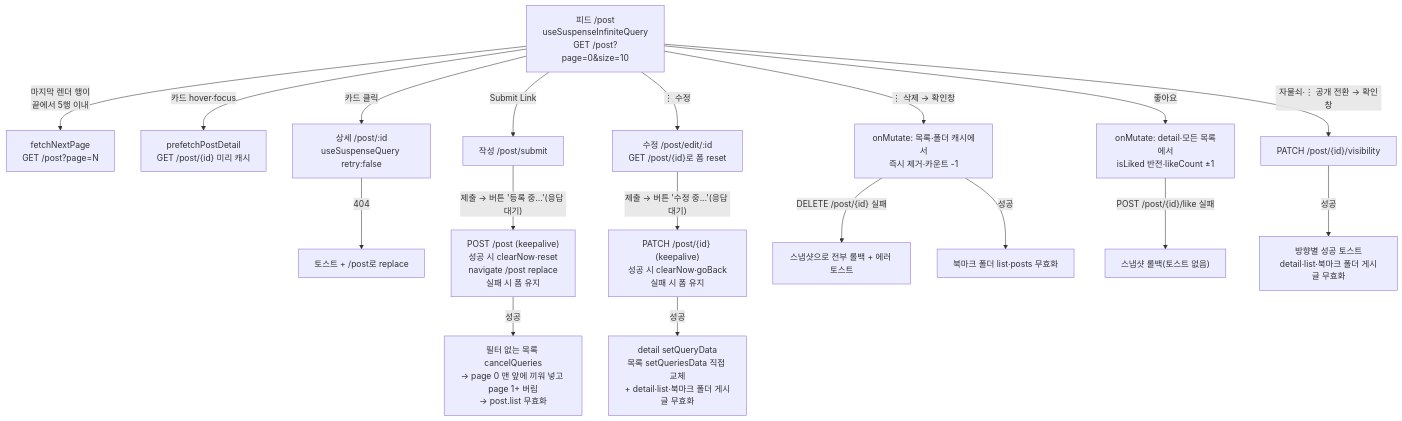
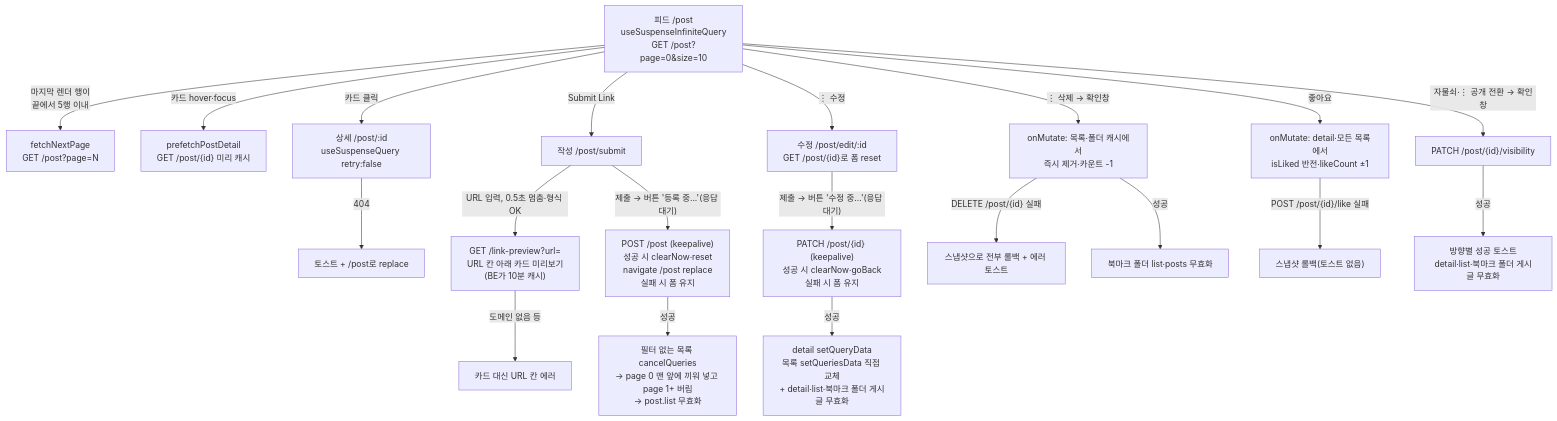
The diagram in docs/POST.md (BAECHAN/link-sphere_FE_NEW), drawn with Mermaid before and after one commit. The commit also changed other lines of this file and 23 other files, not shown here.

````diff
--- a/docs/POST.md
+++ b/docs/POST.md
@@ -38,25 +38,27 @@
 ```mermaid
 flowchart TD
   Feed["피드 /post<br/>useSuspenseInfiniteQuery<br/>GET /post?page=0&size=10"] -->|"마지막 렌더 행이<br/>끝에서 5행 이내"| Next["fetchNextPage<br/>GET /post?page=N"]
   Feed -->|"카드 hover·focus"| Prefetch["prefetchPostDetail<br/>GET /post/{id} 미리 캐시"]
   Feed -->|"카드 클릭"| Detail["상세 /post/:id<br/>useSuspenseQuery retry:false"]
   Detail -->|"404"| NotFound["토스트 + /post로 replace"]
 
   Feed -->|"Submit Link"| Create["작성 /post/submit"]
+  Create -->|"URL 입력, 0.5초 멈춤·형식 OK"| Preview["GET /link-preview?url=<br/>URL 칸 아래 카드 미리보기<br/>(BE가 10분 캐시)"]
+  Preview -->|"도메인 없음 등"| PreviewErr["카드 대신 URL 칸 에러"]
   Create -->|"제출 → 버튼 '등록 중...'(응답 대기)"| CreateReq["POST /post (keepalive)<br/>성공 시 clearNow·reset<br/>navigate /post replace<br/>실패 시 폼 유지"]
   CreateReq -->|"성공"| CreateOk["필터 없는 목록 cancelQueries<br/>→ page 0 맨 앞에 끼워 넣고 page 1+ 버림<br/>→ post.list 무효화"]
 
   Feed -->|"⋮ 수정"| Edit["수정 /post/edit/:id<br/>GET /post/{id}로 폼 reset"]
   Edit -->|"제출 → 버튼 '수정 중...'(응답 대기)"| EditReq["PATCH /post/{id} (keepalive)<br/>성공 시 clearNow·goBack<br/>실패 시 폼 유지"]
   EditReq -->|"성공"| EditOk["detail setQueryData<br/>목록 setQueriesData 직접 교체<br/>+ detail·list·북마크 폴더 게시글 무효화"]
 
   Feed -->|"⋮ 삭제 → 확인창"| Del["onMutate: 목록·폴더 캐시에서<br/>즉시 제거·카운트 -1"]
   Del -->|"DELETE /post/{id} 실패"| DelRollback["스냅샷으로 전부 롤백 + 에러 토스트"]
   Del -->|"성공"| DelOk["북마크 폴더 list·posts 무효화"]
 
   Feed -->|"좋아요"| Like["onMutate: detail·모든 목록에서<br/>isLiked 반전·likeCount ±1"]
   Like -->|"POST /post/{id}/like 실패"| LikeRollback["스냅샷 롤백(토스트 없음)"]
 
   Feed -->|"자물쇠·⋮ 공개 전환 → 확인창"| Vis["PATCH /post/{id}/visibility"]
   Vis -->|"성공"| VisOk["방향별 성공 토스트<br/>detail·list·북마크 폴더 게시글 무효화"]
 ```
````
